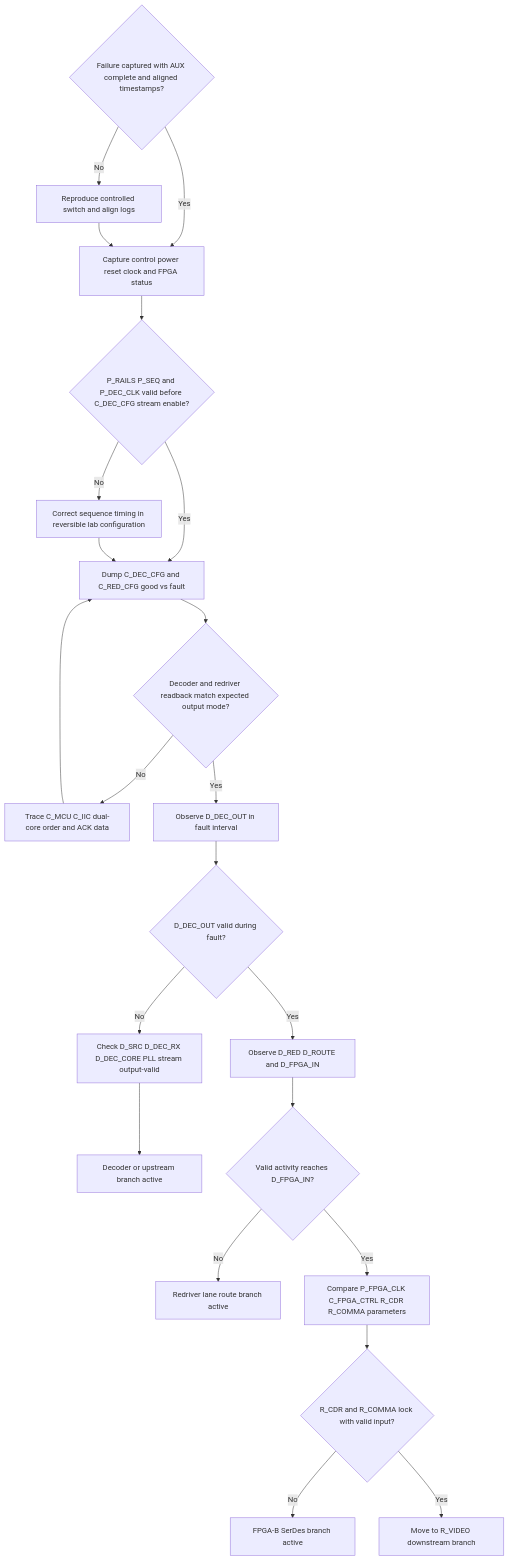
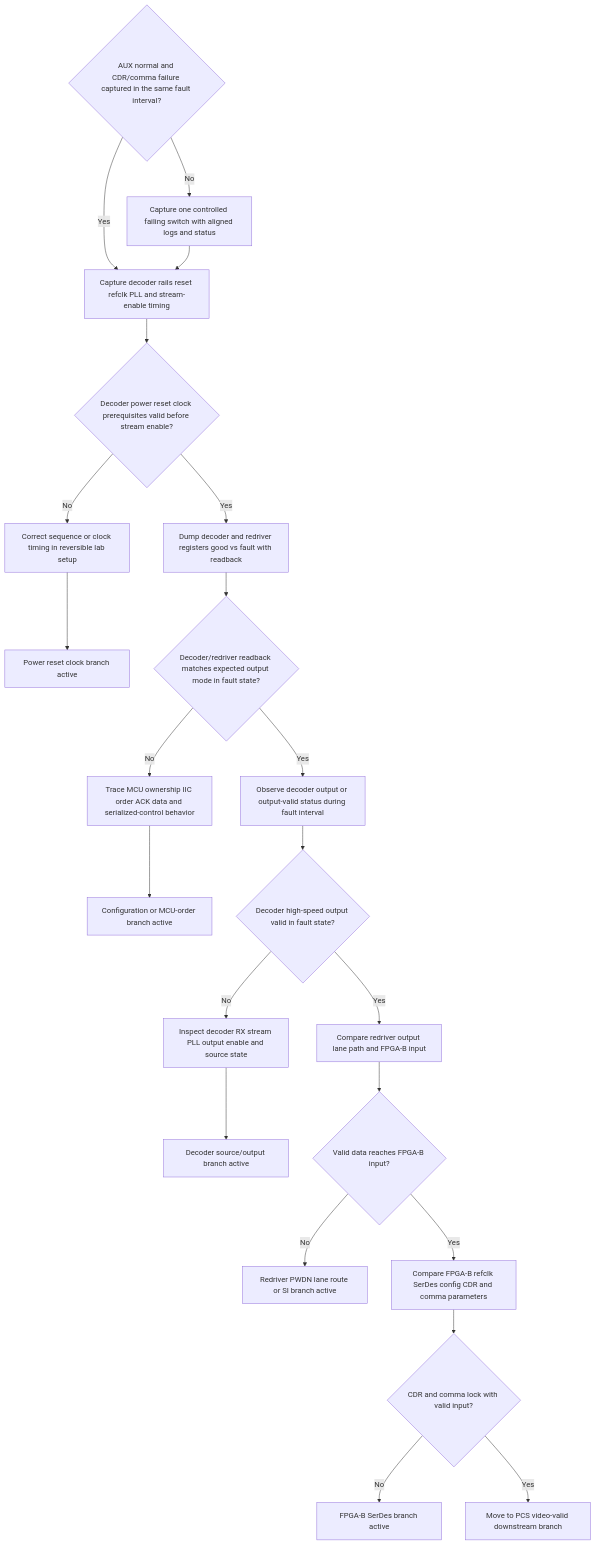
The third of 3 diagrams in pilot_runs/PILOT-EDP-AU15P-LINK-MODEL-ARCHITECTURE-FIRST.md (joyhpc/DebugTool), drawn with Mermaid before and after one commit. The commit also changed other lines of this file, not shown here.

````diff
--- a/pilot_runs/PILOT-EDP-AU15P-LINK-MODEL-ARCHITECTURE-FIRST.md
+++ b/pilot_runs/PILOT-EDP-AU15P-LINK-MODEL-ARCHITECTURE-FIRST.md
@@ -291,25 +259,25 @@
 ```mermaid
 flowchart TD
-AD1{Failure captured with AUX complete and aligned timestamps?}
-AD1 -->|No| AA1[Reproduce controlled switch and align logs]
-AD1 -->|Yes| AA2[Capture control power reset clock and FPGA status]
-AA1 --> AA2
-AA2 --> AD2{P_RAILS P_SEQ and P_DEC_CLK valid before C_DEC_CFG stream enable?}
-AD2 -->|No| AA3[Correct sequence timing in reversible lab configuration]
-AD2 -->|Yes| AA4[Dump C_DEC_CFG and C_RED_CFG good vs fault]
-AA3 --> AA4
-AA4 --> AD3{Decoder and redriver readback match expected output mode?}
-AD3 -->|No| AA5[Trace C_MCU C_IIC dual-core order and ACK data]
-AD3 -->|Yes| AA6[Observe D_DEC_OUT in fault interval]
-AA5 --> AA4
-AA6 --> AD4{D_DEC_OUT valid during fault?}
-AD4 -->|No| AA7[Check D_SRC D_DEC_RX D_DEC_CORE PLL stream output-valid]
-AD4 -->|Yes| AA8[Observe D_RED D_ROUTE and D_FPGA_IN]
-AA7 --> AT1[Decoder or upstream branch active]
-AA8 --> AD5{Valid activity reaches D_FPGA_IN?}
-AD5 -->|No| AT2[Redriver lane route branch active]
-AD5 -->|Yes| AA9[Compare P_FPGA_CLK C_FPGA_CTRL R_CDR R_COMMA parameters]
-AA9 --> AD6{R_CDR and R_COMMA lock with valid input?}
-AD6 -->|No| AT3[FPGA-B SerDes branch active]
-AD6 -->|Yes| AT4[Move to R_VIDEO downstream branch]
+D1{AUX normal and CDR/comma failure captured in the same fault interval?}
+D1 -->|No| A1[Capture one controlled failing switch with aligned logs and status]
+D1 -->|Yes| A2[Capture decoder rails reset refclk PLL and stream-enable timing]
+A1 --> A2
+A2 --> D2{Decoder power reset clock prerequisites valid before stream enable?}
+D2 -->|No| A3[Correct sequence or clock timing in reversible lab setup]
+D2 -->|Yes| A4[Dump decoder and redriver registers good vs fault with readback]
+A3 --> T1[Power reset clock branch active]
+A4 --> D3{Decoder/redriver readback matches expected output mode in fault state?}
+D3 -->|No| A5[Trace MCU ownership IIC order ACK data and serialized-control behavior]
+D3 -->|Yes| A6[Observe decoder output or output-valid status during fault interval]
+A5 --> T2[Configuration or MCU-order branch active]
+A6 --> D4{Decoder high-speed output valid in fault state?}
+D4 -->|No| A7[Inspect decoder RX stream PLL output enable and source state]
+D4 -->|Yes| A8[Compare redriver output lane path and FPGA-B input]
+A7 --> T3[Decoder source/output branch active]
+A8 --> D5{Valid data reaches FPGA-B input?}
+D5 -->|No| T4[Redriver PWDN lane route or SI branch active]
+D5 -->|Yes| A9[Compare FPGA-B refclk SerDes config CDR and comma parameters]
+A9 --> D6{CDR and comma lock with valid input?}
+D6 -->|No| T5[FPGA-B SerDes branch active]
+D6 -->|Yes| T6[Move to PCS video-valid downstream branch]
 ```
````
